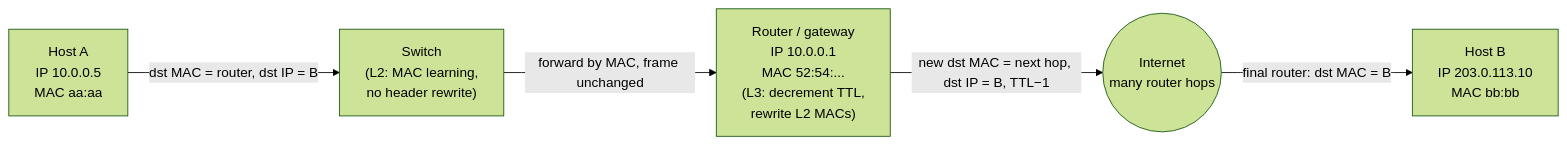
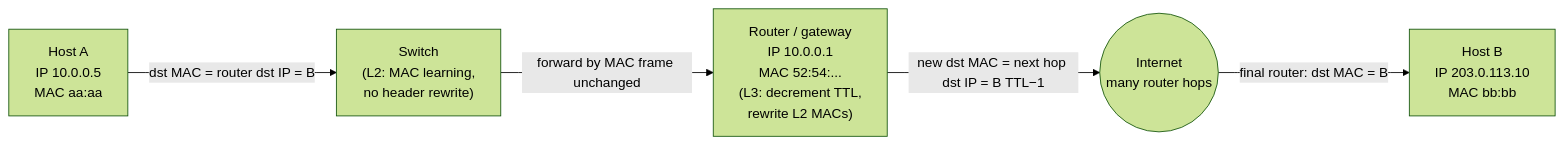
One commit to bumbsclaw/textbooks changed the fifth of 7 diagrams in vol-03-networking/ch01-journey-of-a-packet.md. Above: the diagram before and after it, drawn with Mermaid (forest theme). The commit also changed 173 other files, not shown here.

First line of the commit message:
fix(mermaid): close note brackets, semicolons in Notes, stateDiagram br -> dash, edge parens

````diff
--- a/vol-03-networking/ch01-journey-of-a-packet.md
+++ b/vol-03-networking/ch01-journey-of-a-packet.md
@@ -411,13 +411,13 @@
 ```mermaid
 flowchart LR
     H1["Host A<br/>IP 10.0.0.5<br/>MAC aa:aa"]
     SW["Switch<br/>(L2: MAC learning,<br/>no header rewrite)"]
     R["Router / gateway<br/>IP 10.0.0.1<br/>MAC 52:54:...<br/>(L3: decrement TTL,<br/>rewrite L2 MACs)"]
     NET(("Internet<br/>many router hops"))
     H2["Host B<br/>IP 203.0.113.10<br/>MAC bb:bb"]
 
-    H1 -->|"dst MAC = router, dst IP = B"| SW
-    SW -->|"forward by MAC, frame unchanged"| R
-    R -->|"new dst MAC = next hop, dst IP = B, TTL−1"| NET
+    H1 -->|"dst MAC = router dst IP = B"| SW
+    SW -->|"forward by MAC frame unchanged"| R
+    R -->|"new dst MAC = next hop dst IP = B TTL−1"| NET
     NET -->|"final router: dst MAC = B"| H2
 ```
````
